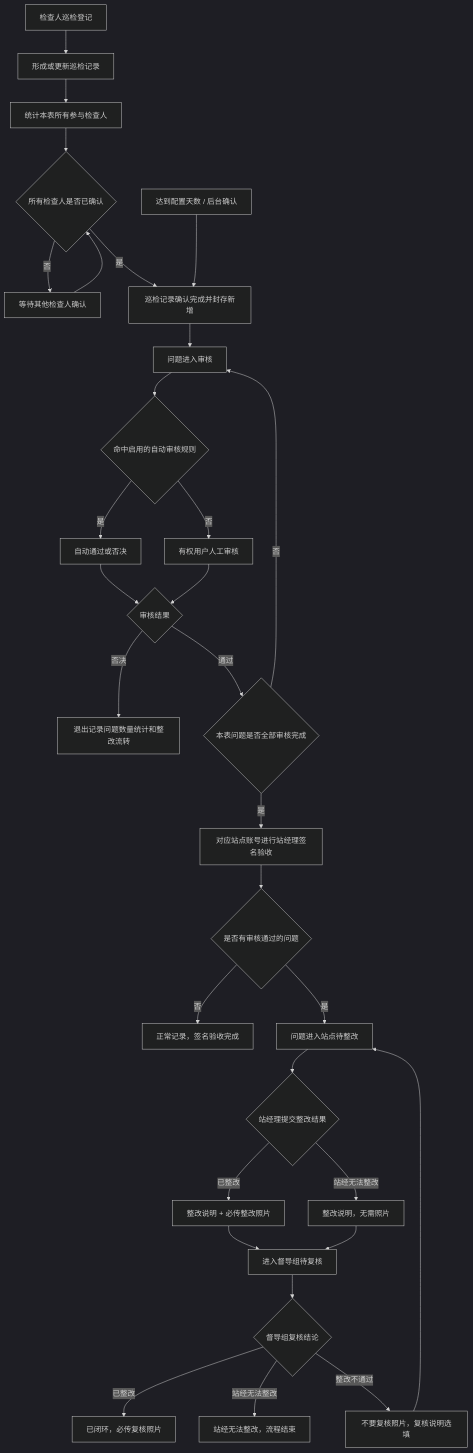
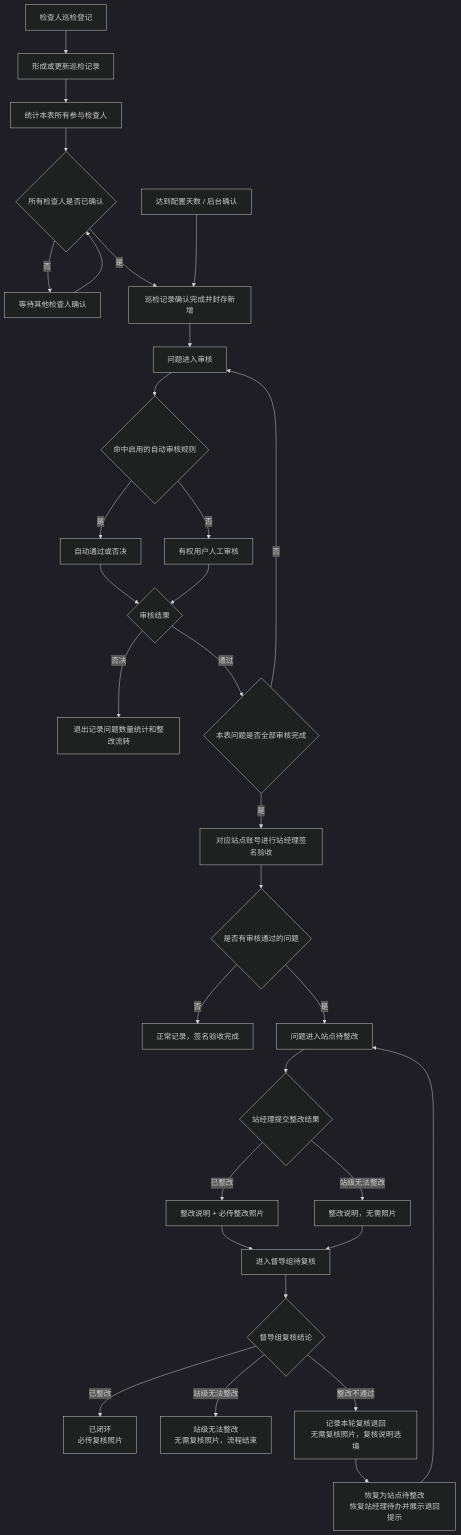
One commit to HanchengZuo/ywddzx-smart-platform changed the fifth of 10 diagrams in README.md. Above: the diagram before and after it, drawn with Mermaid (dark theme). The commit also changed other lines of this file, not shown here.

````diff
--- a/README.md
+++ b/README.md
@@ -154,38 +154,39 @@
 ```mermaid
 flowchart TD
     REG[检查人巡检登记] --> REC[形成或更新巡检记录]
     REC --> MULTI[统计本表所有参与检查人]
     MULTI --> CONFIRM{所有检查人是否已确认}
     CONFIRM -->|否| WAIT[等待其他检查人确认]
     WAIT --> CONFIRM
     CONFIRM -->|是| COMPLETE[巡检记录确认完成并封存新增]
     AUTO[达到配置天数 / 后台确认] --> COMPLETE
 
     COMPLETE --> AUDIT[问题进入审核]
     AUDIT --> RULE{命中启用的自动审核规则}
     RULE -->|是| AUTO_RESULT[自动通过或否决]
     RULE -->|否| MANUAL[有权用户人工审核]
     AUTO_RESULT --> DECISION{审核结果}
     MANUAL --> DECISION
 
     DECISION -->|否决| DROP[退出记录问题数量统计和整改流转]
     DECISION -->|通过| ALLAUDIT{本表问题是否全部审核完成}
     ALLAUDIT -->|否| AUDIT
     ALLAUDIT -->|是| SIGN[对应站点账号进行站经理签名验收]
 
     SIGN --> HASISSUE{是否有审核通过的问题}
     HASISSUE -->|否| NORMAL[正常记录，签名验收完成]
     HASISSUE -->|是| RECTIFY[问题进入站点待整改]
 
     RECTIFY --> STATION_RESULT{站经理提交整改结果}
     STATION_RESULT -->|已整改| RPHOTO[整改说明 + 必传整改照片]
-    STATION_RESULT -->|站经无法整改| RNOTE[整改说明，无需照片]
+    STATION_RESULT -->|站级无法整改| RNOTE[整改说明，无需照片]
     RPHOTO --> REVIEW[进入督导组待复核]
     RNOTE --> REVIEW
 
     REVIEW --> REVIEW_RESULT{督导组复核结论}
-    REVIEW_RESULT -->|已整改| CLOSED[已闭环，必传复核照片]
-    REVIEW_RESULT -->|站经无法整改| UNABLE[站经无法整改，流程结束]
-    REVIEW_RESULT -->|整改不通过| RETURN[不要复核照片，复核说明选填]
-    RETURN --> RECTIFY
+    REVIEW_RESULT -->|已整改| CLOSED[已闭环<br/>必传复核照片]
+    REVIEW_RESULT -->|站级无法整改| UNABLE[站级无法整改<br/>无需复核照片，流程结束]
+    REVIEW_RESULT -->|整改不通过| RETURN[记录本轮复核退回<br/>无需复核照片，复核说明选填]
+    RETURN --> BACKLOG[恢复为站点待整改<br/>恢复站经理待办并展示退回提示]
+    BACKLOG --> RECTIFY
 ```
````
